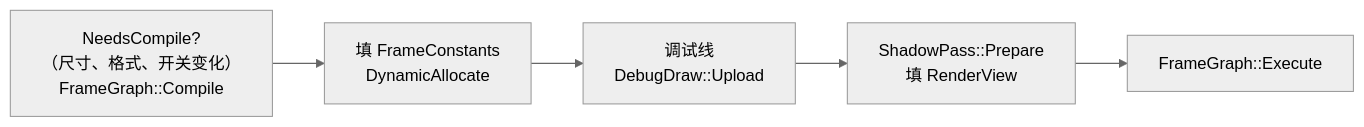
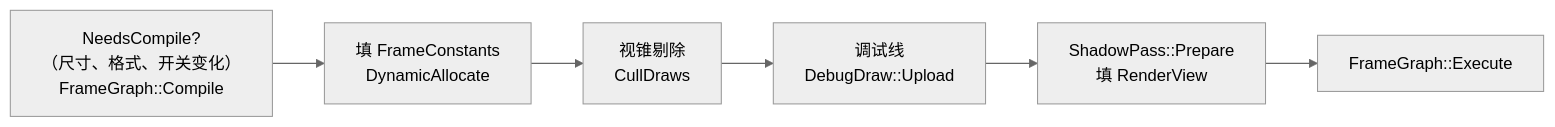
Before and after one commit to ChenJiaming5613/MEngine: the fifth of 9 diagrams in docs/Architecture.md, drawn with Mermaid (neutral theme). The commit also changed other lines of this file and 13 other files, not shown here.

First line of the commit message:
Cull forward draws against the camera frustum on the CPU

````diff
--- a/docs/Architecture.md
+++ b/docs/Architecture.md
@@ -401,7 +401,8 @@
 ```mermaid
 graph LR
     A["NeedsCompile?<br/>（尺寸、格式、开关变化）<br/>FrameGraph::Compile"] --> B["填 FrameConstants<br/>DynamicAllocate"]
-    B --> C["调试线<br/>DebugDraw::Upload"]
+    B --> V["视锥剔除<br/>CullDraws"]
+    V --> C["调试线<br/>DebugDraw::Upload"]
     C --> D["ShadowPass::Prepare<br/>填 RenderView"]
     D --> E["FrameGraph::Execute"]
 ```
````
